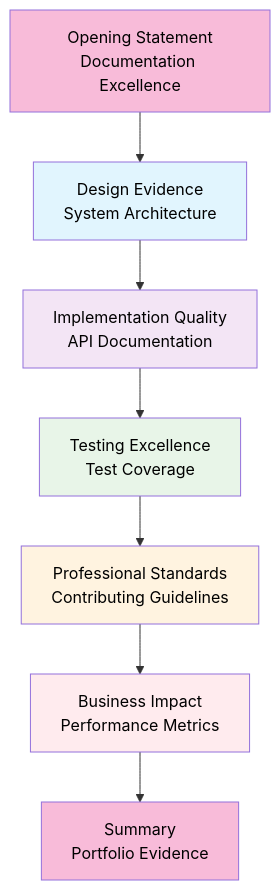
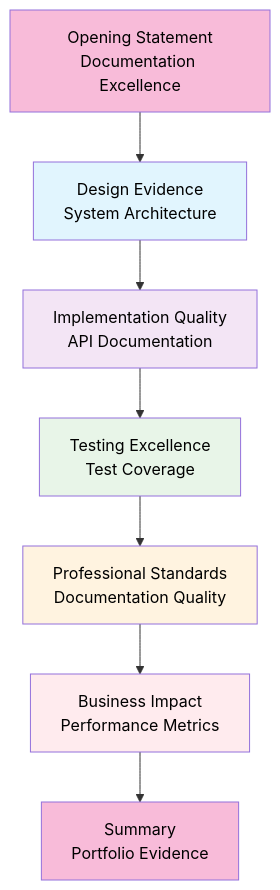
One commit to Interlaken0/temperature-plotter changed the sixth of 6 diagrams in docs/COMPLETE-DOCUMENTATION-GUIDE.md. Above: the diagram before and after it, drawn with Mermaid. The commit also changed other lines of this file and 5 other files, not shown here.

````diff
--- a/docs/COMPLETE-DOCUMENTATION-GUIDE.md
+++ b/docs/COMPLETE-DOCUMENTATION-GUIDE.md
@@ -443,17 +379,17 @@
 ```mermaid
 graph TB
     A[Opening Statement<br/>Documentation Excellence] --> B[Design Evidence<br/>System Architecture]
     B --> C[Implementation Quality<br/>API Documentation]
     C --> D[Testing Excellence<br/>Test Coverage]
-    D --> E[Professional Standards<br/>Contributing Guidelines]
+    D --> E[Professional Standards<br/>Documentation Quality]
     E --> F[Business Impact<br/>Performance Metrics]
     F --> G[Summary<br/>Portfolio Evidence]
     
     style A fill:#f8bbd9,color:#000000
     style B fill:#e1f5fe,color:#000000
     style C fill:#f3e5f5,color:#000000
     style D fill:#e8f5e8,color:#000000
     style E fill:#fff3e0,color:#000000
     style F fill:#ffebee,color:#000000
     style G fill:#f8bbd9,color:#000000
 ```
````
